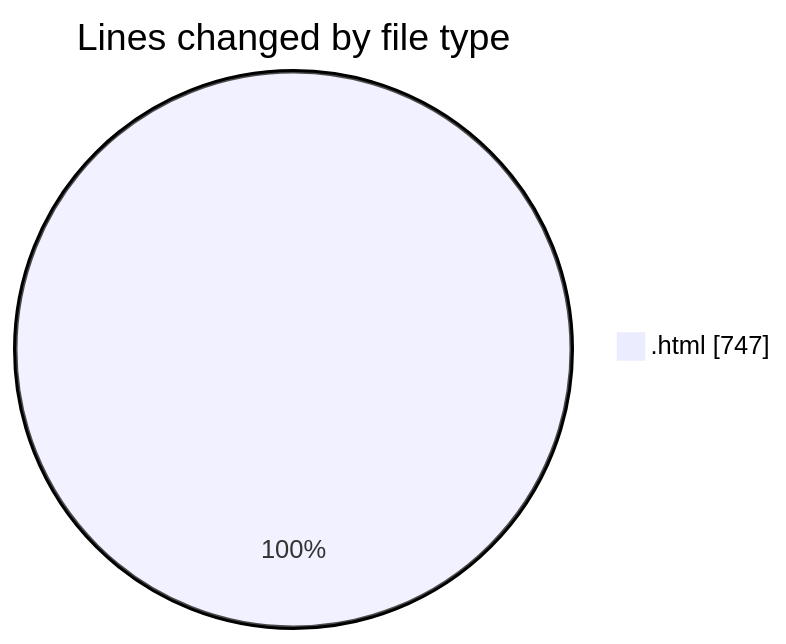
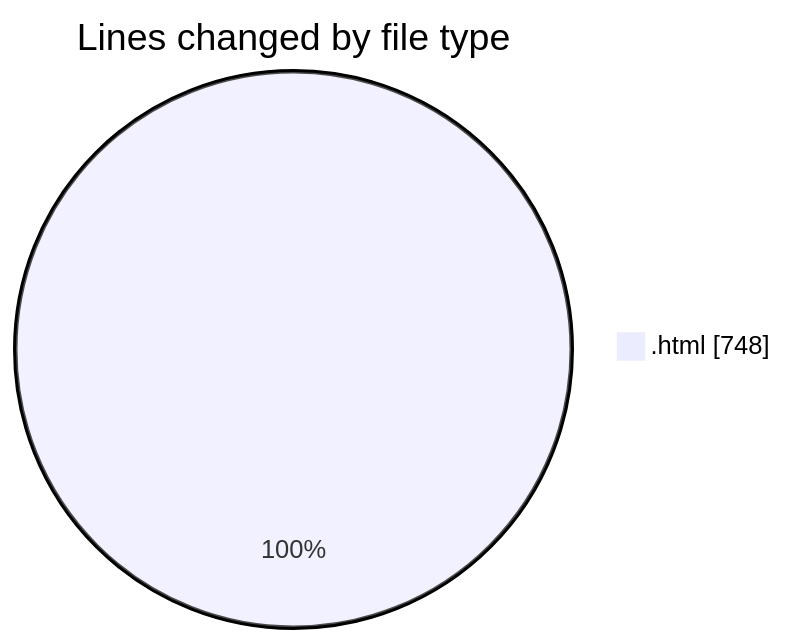
The first of 2 diagrams in 2025-01-08/nueva_carpeta/README.md (LanceThiago/code-tracking), drawn with Mermaid before and after one commit. The commit also changed other lines of this file and 1 other file, not shown here.

````diff
--- a/2025-01-08/nueva_carpeta/README.md
+++ b/2025-01-08/nueva_carpeta/README.md
@@ -20,5 +20,5 @@
 ```mermaid
 pie showData
 title Lines changed by file type
-".html" : 747
+".html" : 748
 ```
````
